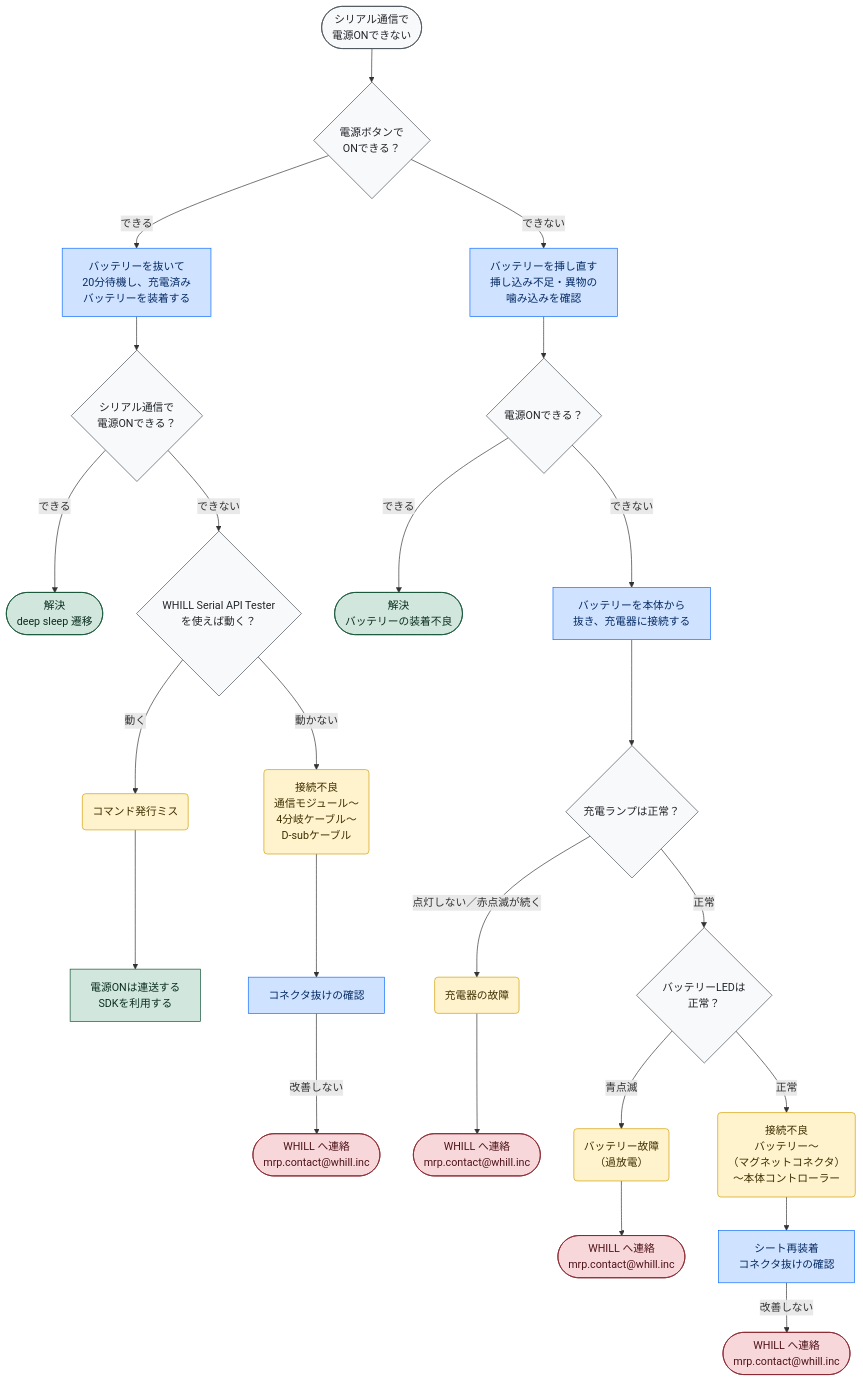
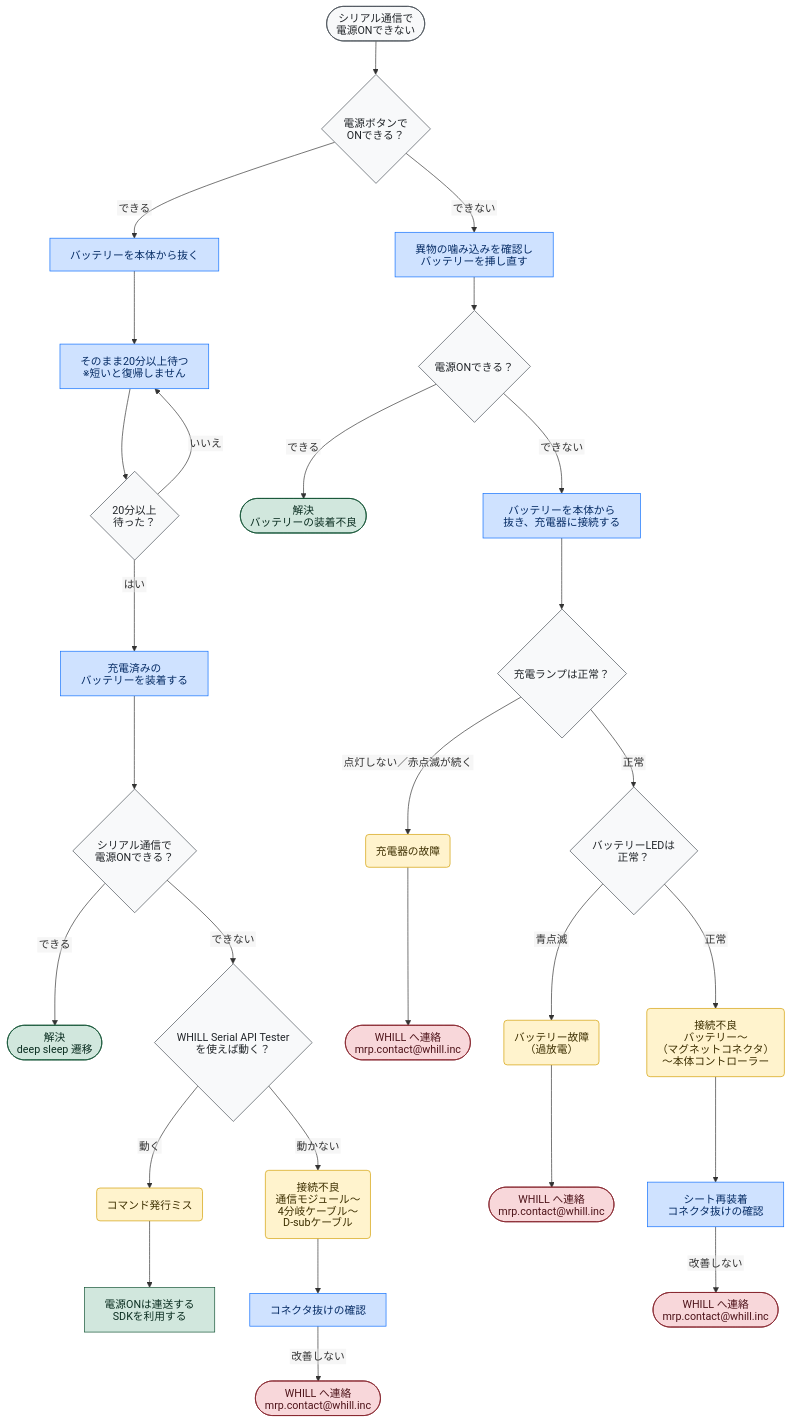
Before and after one commit to WHILL/mrp-support: the diagram in docs/troubleshooting/power.md, drawn with Mermaid. The commit also changed other lines of this file and 1 other file, not shown here.

Commit message:
Make the deep sleep step harder to skip and stop GitHub re-wrapping flowchart labels

````diff
--- a/docs/troubleshooting/power.md
+++ b/docs/troubleshooting/power.md
@@ -13,43 +22,48 @@
 ```mermaid
+%%{init: {"htmlLabels": false, "flowchart": {"htmlLabels": false, "wrappingWidth": 400}}}%%
 flowchart TD
     S(["シリアル通信で<br>電源ONできない"]) --> Q1{"電源ボタンで<br>ONできる？"}
 
-    Q1 -->|できる| A1["バッテリーを抜いて<br>20分待機し、充電済み<br>バッテリーを装着する"]
-    Q1 -->|できない| A5["バッテリーを挿し直す<br>挿し込み不足・異物の<br>噛み込みを確認"]
+    Q1 -->|できる| A1["バッテリーを本体から抜く"]
+    Q1 -->|できない| A5["異物の噛み込みを確認し<br>バッテリーを挿し直す"]
 
-    A1 --> Q2{"シリアル通信で<br>電源ONできる？"}
+    A1 --> A7["そのまま20分以上待つ<br>※短いと復帰しません"]
+    A7 --> Q7{"20分以上<br>待った？"}
+    Q7 -->|いいえ| A7
+    Q7 -->|はい| A8["充電済みの<br>バッテリーを装着する"]
+    A8 --> Q2{"シリアル通信で<br>電源ONできる？"}
     Q2 -->|できる| R1(["解決<br>deep sleep 遷移"])
     Q2 -->|できない| Q3{"WHILL Serial API Tester<br>を使えば動く？"}
 
     Q3 -->|動く| C2("コマンド発行ミス")
     Q3 -->|動かない| C3("接続不良<br>通信モジュール〜<br>4分岐ケーブル〜<br>D-subケーブル")
     C2 --> A2["電源ONは連送する<br>SDKを利用する"]
     C3 --> A3["コネクタ抜けの確認"]
     A3 -->|改善しない| M1(["WHILL へ連絡<br>mrp.contact@whill.inc"])
 
     A5 --> Q6{"電源ONできる？"}
     Q6 -->|できる| R2(["解決<br>バッテリーの装着不良"])
     Q6 -->|できない| A6["バッテリーを本体から<br>抜き、充電器に接続する"]
 
     A6 --> Q4{"充電ランプは正常？"}
     Q4 -->|点灯しない／赤点滅が続く| C6("充電器の故障")
     C6 --> M2(["WHILL へ連絡<br>mrp.contact@whill.inc"])
     Q4 -->|正常| Q5{"バッテリーLEDは<br>正常？"}
 
     Q5 -->|青点滅| C5("バッテリー故障<br>（過放電）")
     C5 --> M3(["WHILL へ連絡<br>mrp.contact@whill.inc"])
     Q5 -->|正常| C4("接続不良<br>バッテリー〜<br>（マグネットコネクタ）<br>〜本体コントローラー")
     C4 --> A4["シート再装着<br>コネクタ抜けの確認"]
     A4 -->|改善しない| M4(["WHILL へ連絡<br>mrp.contact@whill.inc"])
 
     classDef check fill:#f8f9fa,stroke:#495057,color:#212529
     classDef step fill:#cfe2ff,stroke:#0d6efd,color:#062c65
     classDef cause fill:#fff3cd,stroke:#d39e00,color:#3d2f00
     classDef solved fill:#d1e7dd,stroke:#0f5132,color:#0b2e21
     classDef contact fill:#f8d7da,stroke:#842029,color:#4d1319
-    class S,Q1,Q2,Q3,Q4,Q5,Q6 check
-    class A1,A3,A4,A5,A6 step
+    class S,Q1,Q2,Q3,Q4,Q5,Q6,Q7 check
+    class A1,A3,A4,A5,A6,A7,A8 step
     class C2,C3,C4,C5,C6 cause
     class R1,R2,A2 solved
     class M1,M2,M3,M4 contact
 ```
````
